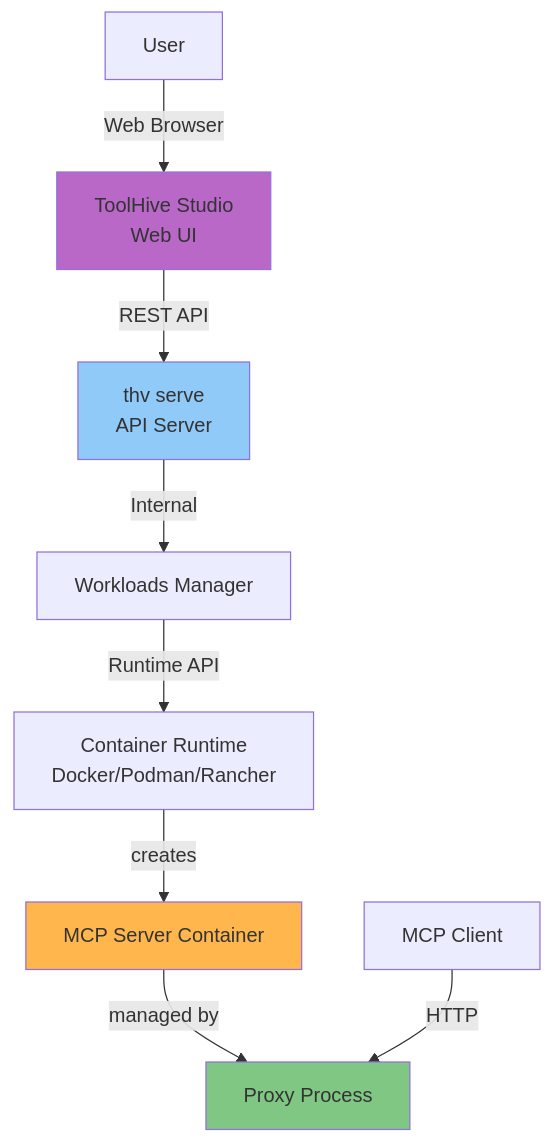
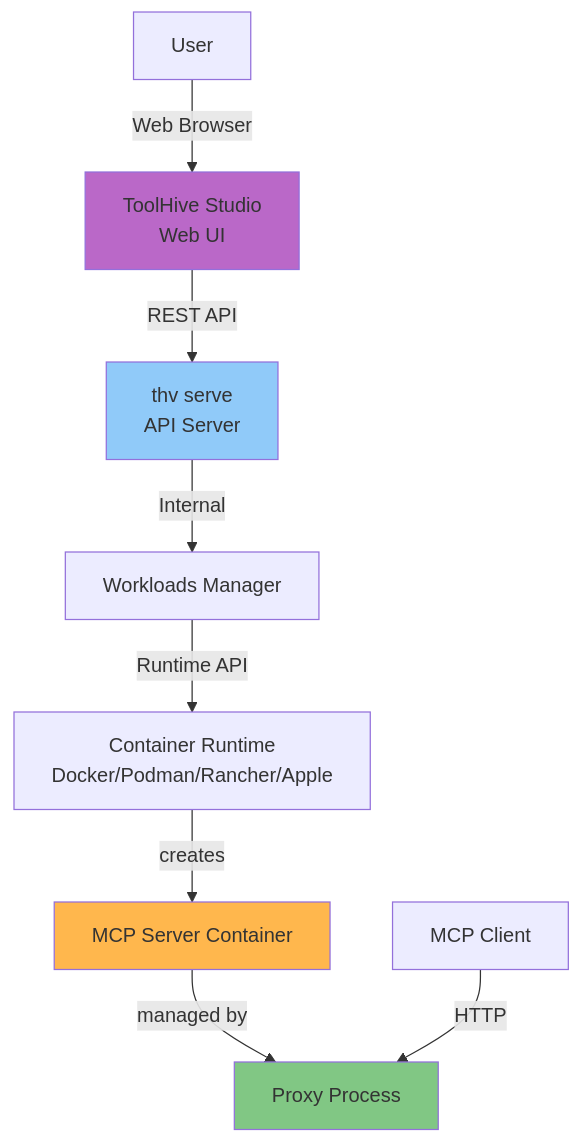
The fourth of 7 diagrams in docs/arch/01-deployment-modes.md (stacklok/toolhive), drawn with Mermaid before and after one commit. The commit also changed other lines of this file and 17 other files, not shown here.

First line of the commit message:
Add Apple container runtime client and isolation

````diff
--- a/docs/arch/01-deployment-modes.md
+++ b/docs/arch/01-deployment-modes.md
@@ -151,15 +160,15 @@
 ```mermaid
 graph TB
     User[User] -->|Web Browser| Studio[ToolHive Studio<br/>Web UI]
     Studio -->|REST API| APIServer[thv serve<br/>API Server]
     APIServer -->|Internal| Workloads[Workloads Manager]
-    Workloads -->|Runtime API| Runtime[Container Runtime<br/>Docker/Podman/Rancher]
+    Workloads -->|Runtime API| Runtime[Container Runtime<br/>Docker/Podman/Rancher/Apple]
     Runtime -->|creates| Container[MCP Server Container]
     Container -->|managed by| Proxy[Proxy Process]
     Client[MCP Client] -->|HTTP| Proxy
 
     style Studio fill:#ba68c8
     style APIServer fill:#90caf9
     style Proxy fill:#81c784
     style Container fill:#ffb74d
 ```
````
